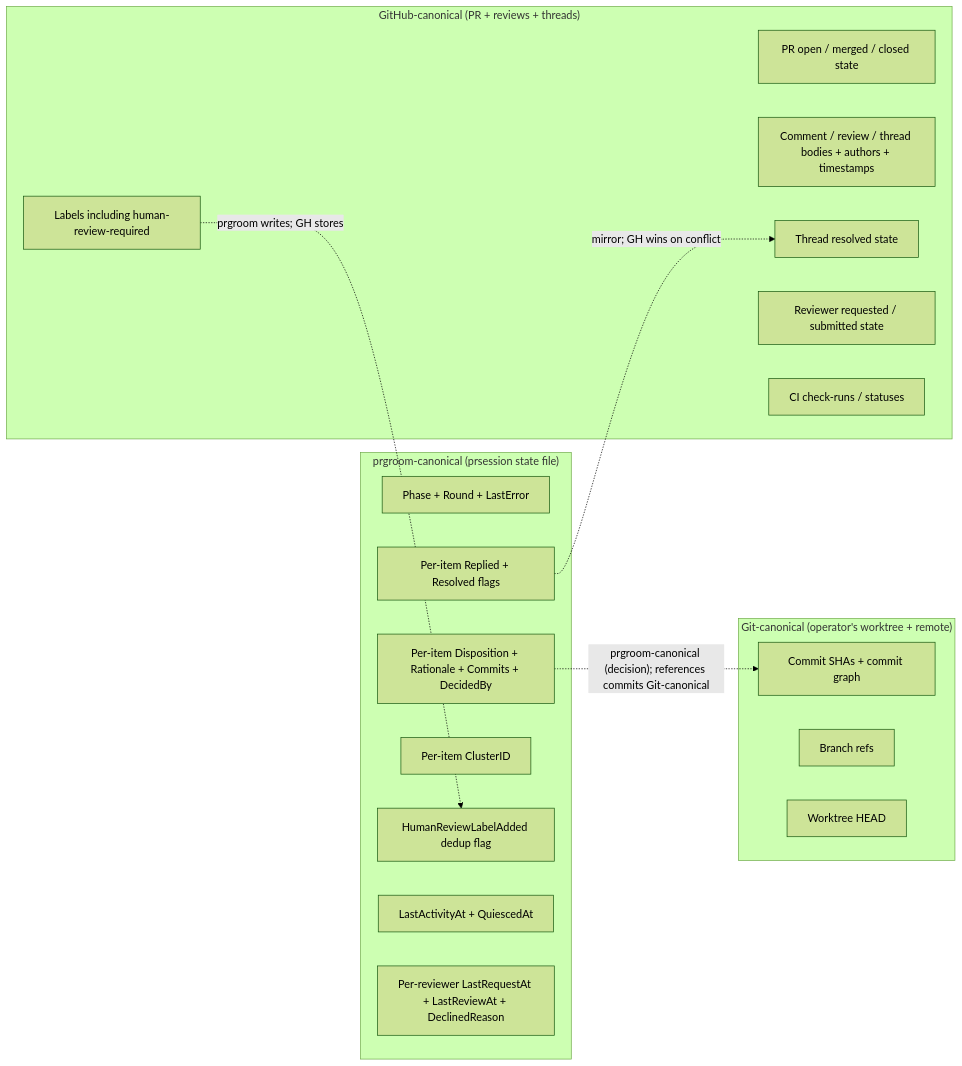
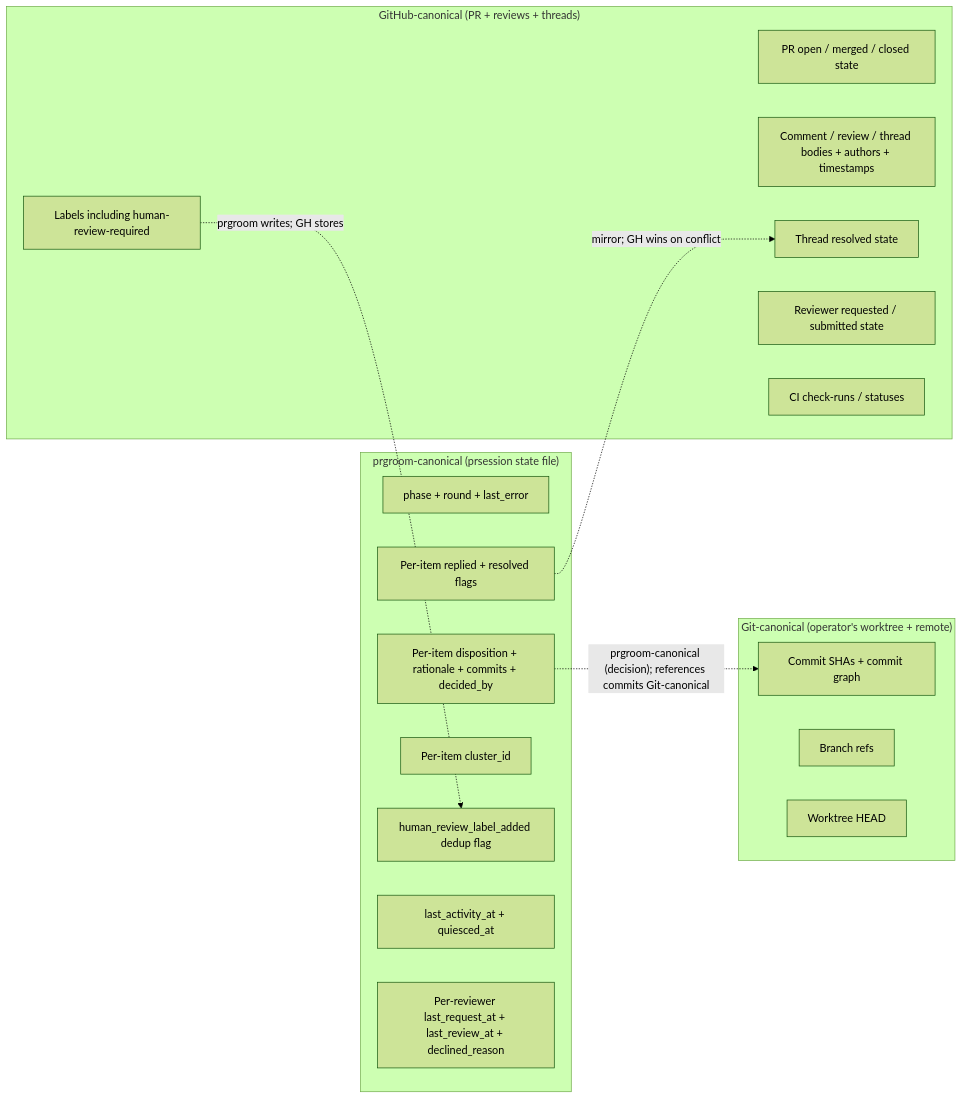
Before and after one commit to scotthamilton77/agents-config: the second of 2 diagrams in docs/architecture/prgroom/data-view.md, drawn with Mermaid (forest theme). The commit also changed other lines of this file and 9 other files, not shown here.

First line of the commit message:
docs(prgroom): convert architecture HLDs from Go to Python (fca6.14) (#132)

````diff
--- a/docs/architecture/prgroom/data-view.md
+++ b/docs/architecture/prgroom/data-view.md
@@ -120,31 +120,31 @@
 ```mermaid
 flowchart LR
     subgraph PG["prgroom-canonical (prsession state file)"]
-        P1[Phase + Round + LastError]
-        P2[Per-item Disposition + Rationale + Commits + DecidedBy]
-        P3[Per-item Replied + Resolved flags]
-        P4[Per-item ClusterID]
-        P5[HumanReviewLabelAdded dedup flag]
-        P6[LastActivityAt + QuiescedAt]
-        P7[Per-reviewer LastRequestAt + LastReviewAt + DeclinedReason]
+        P1[phase + round + last_error]
+        P2[Per-item disposition + rationale + commits + decided_by]
+        P3[Per-item replied + resolved flags]
+        P4[Per-item cluster_id]
+        P5[human_review_label_added dedup flag]
+        P6[last_activity_at + quiesced_at]
+        P7[Per-reviewer last_request_at + last_review_at + declined_reason]
     end
 
     subgraph GH["GitHub-canonical (PR + reviews + threads)"]
         G1[PR open / merged / closed state]
         G2[Comment / review / thread bodies + authors + timestamps]
         G3[Thread resolved state]
         G4[Reviewer requested / submitted state]
         G5[CI check-runs / statuses]
         G6[Labels including human-review-required]
     end
 
     subgraph Git["Git-canonical (operator's worktree + remote)"]
         T1[Commit SHAs + commit graph]
         T2[Branch refs]
         T3[Worktree HEAD]
     end
 
     P3 -.->|"mirror; GH wins on conflict"| G3
     P2 -.->|"prgroom-canonical (decision); references commits Git-canonical"| T1
     G6 -.->|"prgroom writes; GH stores"| P5
 ```
````
